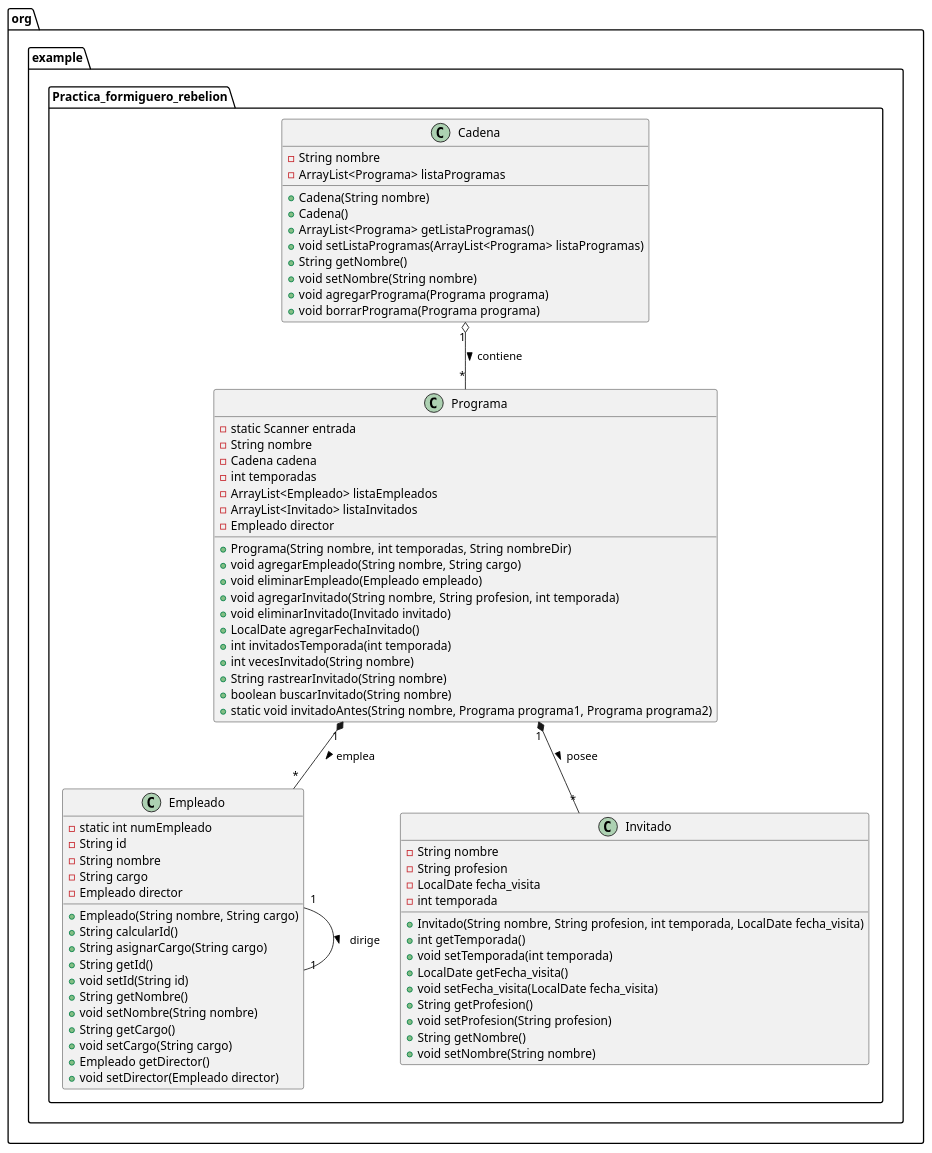
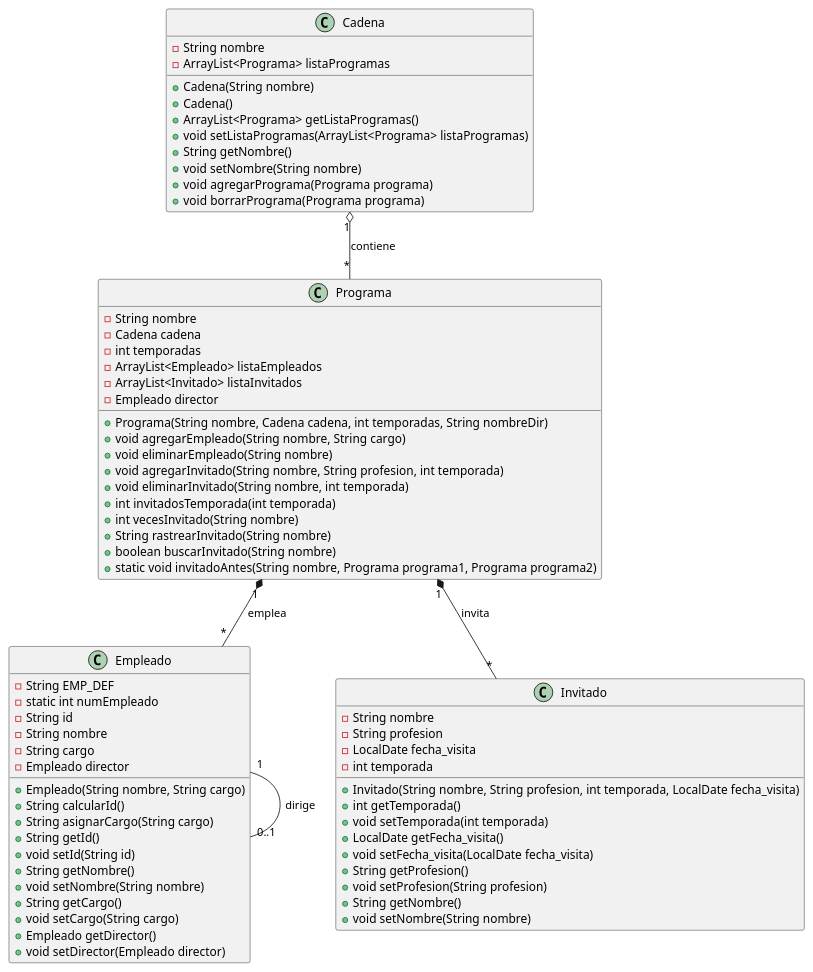
One commit to Izan005/Objetos changed the diagram in Objetos/src/main/java/org/example/Practica_formiguero_rebelion/formiguero_rebelion.puml. Above: the diagram before and after it, drawn with PlantUML. The commit also changed other lines of this file and 8 other files, not shown here.

```diff
--- a/Objetos/src/main/java/org/example/Practica_formiguero_rebelion/formiguero_rebelion.puml
+++ b/Objetos/src/main/java/org/example/Practica_formiguero_rebelion/formiguero_rebelion.puml
@@ -1,79 +1,76 @@
 @startuml
-package "org.example.Practica_formiguero_rebelion" {
 
-    class Cadena {
-        - String nombre
-        - ArrayList<Programa> listaProgramas
-        + Cadena(String nombre)
-        + Cadena()
-        + ArrayList<Programa> getListaProgramas()
-        + void setListaProgramas(ArrayList<Programa> listaProgramas)
-        + String getNombre()
-        + void setNombre(String nombre)
-        + void agregarPrograma(Programa programa)
-        + void borrarPrograma(Programa programa)
-    }
+class Cadena {
+    - String nombre
+    - ArrayList<Programa> listaProgramas
+    + Cadena(String nombre)
+    + Cadena()
+    + ArrayList<Programa> getListaProgramas()
+    + void setListaProgramas(ArrayList<Programa> listaProgramas)
+    + String getNombre()
+    + void setNombre(String nombre)
+    + void agregarPrograma(Programa programa)
+    + void borrarPrograma(Programa programa)
+}
 
-    class Programa {
-        - static Scanner entrada
-        - String nombre
-        - Cadena cadena
-        - int temporadas
-        - ArrayList<Empleado> listaEmpleados
-        - ArrayList<Invitado> listaInvitados
-        - Empleado director
-        + Programa(String nombre, int temporadas, String nombreDir)
-        + void agregarEmpleado(String nombre, String cargo)
-        + void eliminarEmpleado(Empleado empleado)
-        + void agregarInvitado(String nombre, String profesion, int temporada)
-        + void eliminarInvitado(Invitado invitado)
-        + LocalDate agregarFechaInvitado()
-        + int invitadosTemporada(int temporada)
-        + int vecesInvitado(String nombre)
-        + String rastrearInvitado(String nombre)
-        + boolean buscarInvitado(String nombre)
-        + static void invitadoAntes(String nombre, Programa programa1, Programa programa2)
-    }
+class Programa {
+    - String nombre
+    - Cadena cadena
+    - int temporadas
+    - ArrayList<Empleado> listaEmpleados
+    - ArrayList<Invitado> listaInvitados
+    - Empleado director
+    + Programa(String nombre, Cadena cadena, int temporadas, String nombreDir)
+    + void agregarEmpleado(String nombre, String cargo)
+    + void eliminarEmpleado(String nombre)
+    + void agregarInvitado(String nombre, String profesion, int temporada)
+    + void eliminarInvitado(String nombre, int temporada)
+    + int invitadosTemporada(int temporada)
+    + int vecesInvitado(String nombre)
+    + String rastrearInvitado(String nombre)
+    + boolean buscarInvitado(String nombre)
+    + static void invitadoAntes(String nombre, Programa programa1, Programa programa2)
+}
 
-    class Empleado {
-        - static int numEmpleado
-        - String id
-        - String nombre
-        - String cargo
-        - Empleado director
-        + Empleado(String nombre, String cargo)
-        + String calcularId()
-        + String asignarCargo(String cargo)
-        + String getId()
-        + void setId(String id)
-        + String getNombre()
-        + void setNombre(String nombre)
-        + String getCargo()
-        + void setCargo(String cargo)
-        + Empleado getDirector()
-        + void setDirector(Empleado director)
-    }
+class Empleado {
+    - String EMP_DEF
+    - static int numEmpleado
+    - String id
+    - String nombre
+    - String cargo
+    - Empleado director
+    + Empleado(String nombre, String cargo)
+    + String calcularId()
+    + String asignarCargo(String cargo)
+    + String getId()
+    + void setId(String id)
+    + String getNombre()
+    + void setNombre(String nombre)
+    + String getCargo()
+    + void setCargo(String cargo)
+    + Empleado getDirector()
+    + void setDirector(Empleado director)
+}
 
-    class Invitado {
-        - String nombre
-        - String profesion
-        - LocalDate fecha_visita
-        - int temporada
-        + Invitado(String nombre, String profesion, int temporada, LocalDate fecha_visita)
-        + int getTemporada()
-        + void setTemporada(int temporada)
-        + LocalDate getFecha_visita()
-        + void setFecha_visita(LocalDate fecha_visita)
-        + String getProfesion()
-        + void setProfesion(String profesion)
-        + String getNombre()
-        + void setNombre(String nombre)
-    }
+class Invitado {
+    - String nombre
+    - String profesion
+    - LocalDate fecha_visita
+    - int temporada
+    + Invitado(String nombre, String profesion, int temporada, LocalDate fecha_visita)
+    + int getTemporada()
+    + void setTemporada(int temporada)
+    + LocalDate getFecha_visita()
+    + void setFecha_visita(LocalDate fecha_visita)
+    + String getProfesion()
+    + void setProfesion(String profesion)
+    + String getNombre()
+    + void setNombre(String nombre)
+}
 
+Cadena "1" o-- "*" Programa : contiene
+Programa "1" *-- "*" Empleado : emplea
+Programa "1" *-- "*" Invitado : invita
+Empleado "1" -- "0..1" Empleado : dirige
 
-    Cadena "1" o-- "*" Programa : contiene >
-    Programa "1" *-- "*" Empleado : emplea >
-    Programa "1" *-- "*" Invitado : posee >
-    Empleado "1" -- "1" Empleado : dirige >
-}
 @enduml
```
